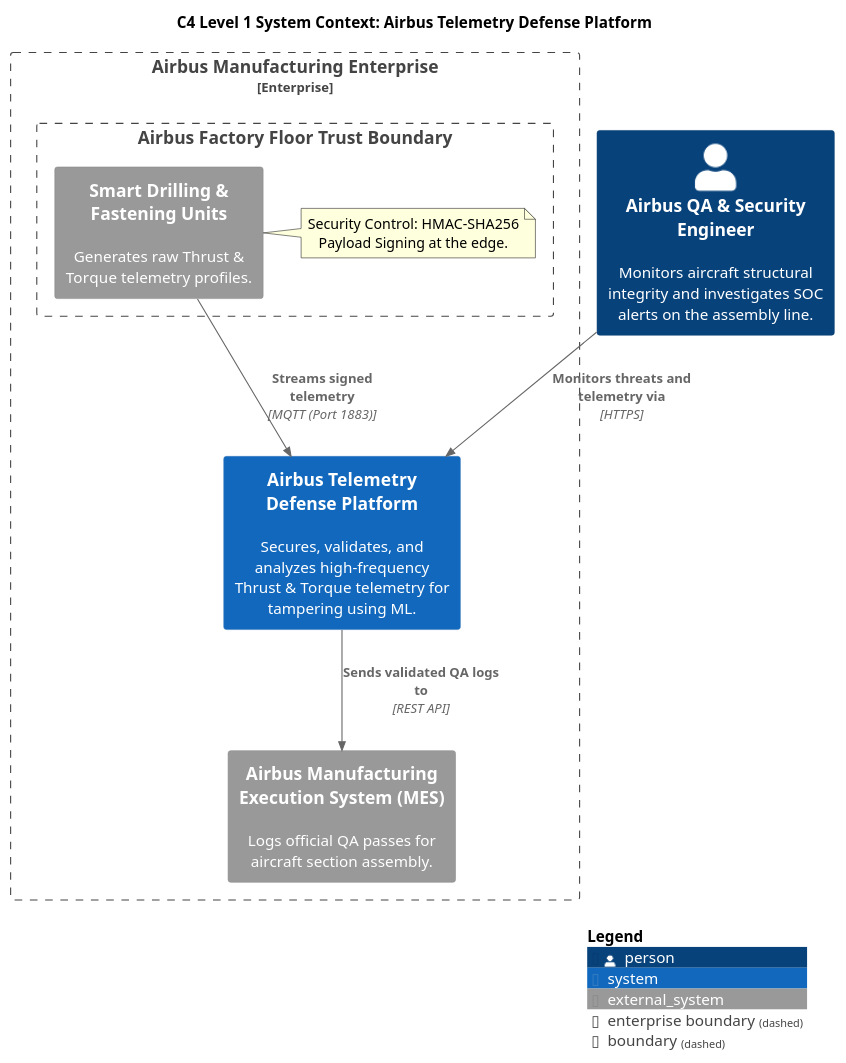
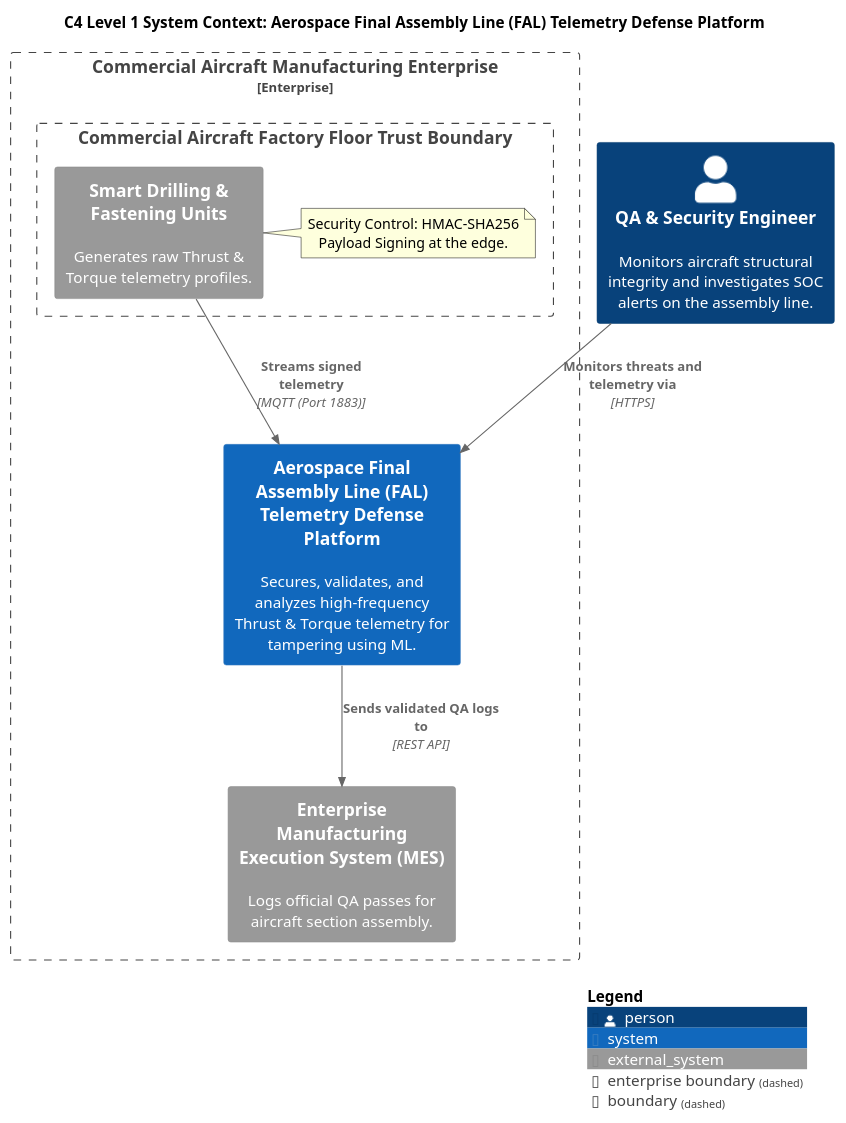
One commit to metgudV/CyberSecurity changed the diagram in diagrams/c4-context.puml. Above: the diagram before and after it, drawn with PlantUML. The commit also changed other lines of this file, not shown here.

Commit message:
Update C4 context diagram for Aerospace FAL platform

```diff
--- a/diagrams/c4-context.puml
+++ b/diagrams/c4-context.puml
@@ -1,26 +1,26 @@
 @startuml
 !include https://raw.githubusercontent.com/plantuml-stdlib/C4-PlantUML/master/C4_Context.puml
 
-title C4 Level 1 System Context: Airbus Telemetry Defense Platform
+title C4 Level 1 System Context: Aerospace Final Assembly Line (FAL) Telemetry Defense Platform
 
-Person(qaEngineer, "Airbus QA & Security Engineer", "Monitors aircraft structural integrity and investigates SOC alerts on the assembly line.")
+Person(qaEngineer, "QA & Security Engineer", "Monitors aircraft structural integrity and investigates SOC alerts on the assembly line.")
 
-Enterprise_Boundary(enterprise, "Airbus Manufacturing Enterprise") {
-    System(telemetryPlatform, "Airbus Telemetry Defense Platform", "Secures, validates, and analyzes high-frequency Thrust & Torque telemetry for tampering using ML.")
-    System_Ext(mes, "Airbus Manufacturing Execution System (MES)", "Logs official QA passes for aircraft section assembly.")
+Enterprise_Boundary(enterprise, "Commercial Aircraft Manufacturing Enterprise") {
+    System(telemetryPlatform, "Aerospace Final Assembly Line (FAL) Telemetry Defense Platform", "Secures, validates, and analyzes high-frequency Thrust & Torque telemetry for tampering using ML.")
+    System_Ext(mes, "Enterprise Manufacturing Execution System (MES)", "Logs official QA passes for aircraft section assembly.")
     
-    Boundary(factoryBoundary, "Airbus Factory Floor Trust Boundary") {
+    Boundary(factoryBoundary, "Commercial Aircraft Factory Floor Trust Boundary") {
         System_Ext(smartTools, "Smart Drilling & Fastening Units", "Generates raw Thrust & Torque telemetry profiles.")
         Note right of smartTools
             Security Control: HMAC-SHA256 
             Payload Signing at the edge.
         End note
     }
 }
 
 Rel_D(qaEngineer, telemetryPlatform, "Monitors threats and telemetry via", "HTTPS")
 Rel(telemetryPlatform, mes, "Sends validated QA logs to", "REST API")
 Rel(smartTools, telemetryPlatform, "Streams signed telemetry", "MQTT (Port 1883)")
 
 SHOW_LEGEND()
 @enduml
```
